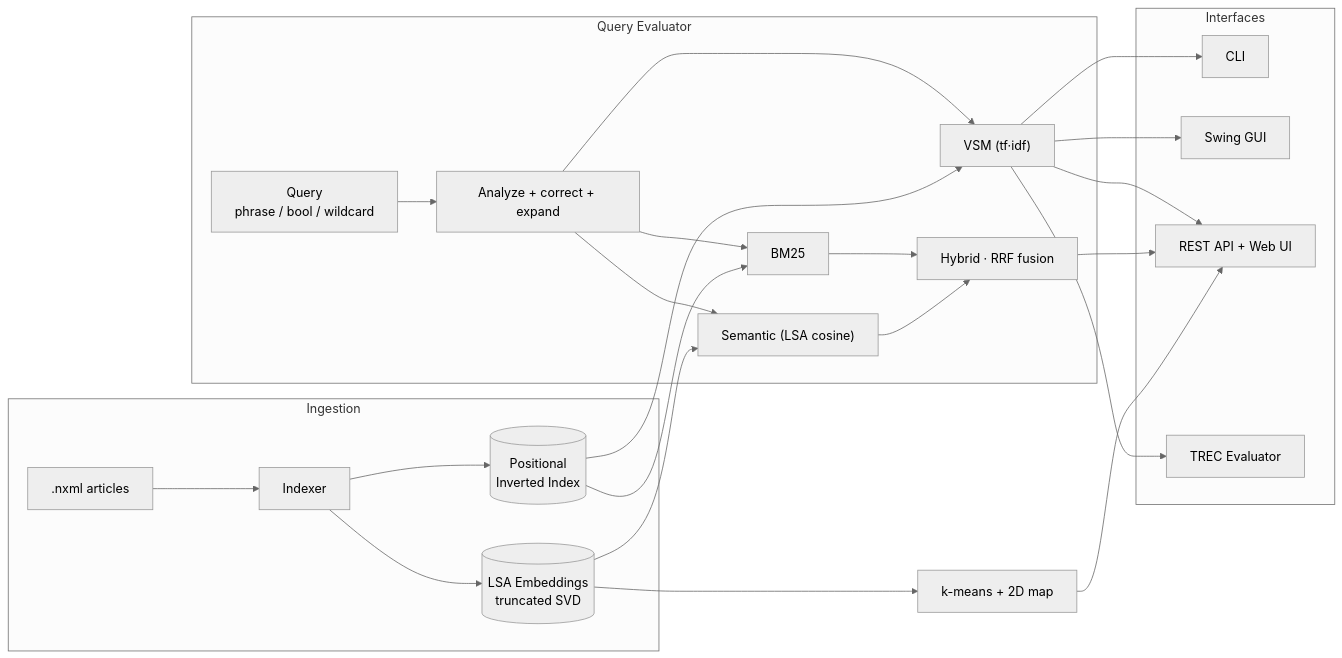
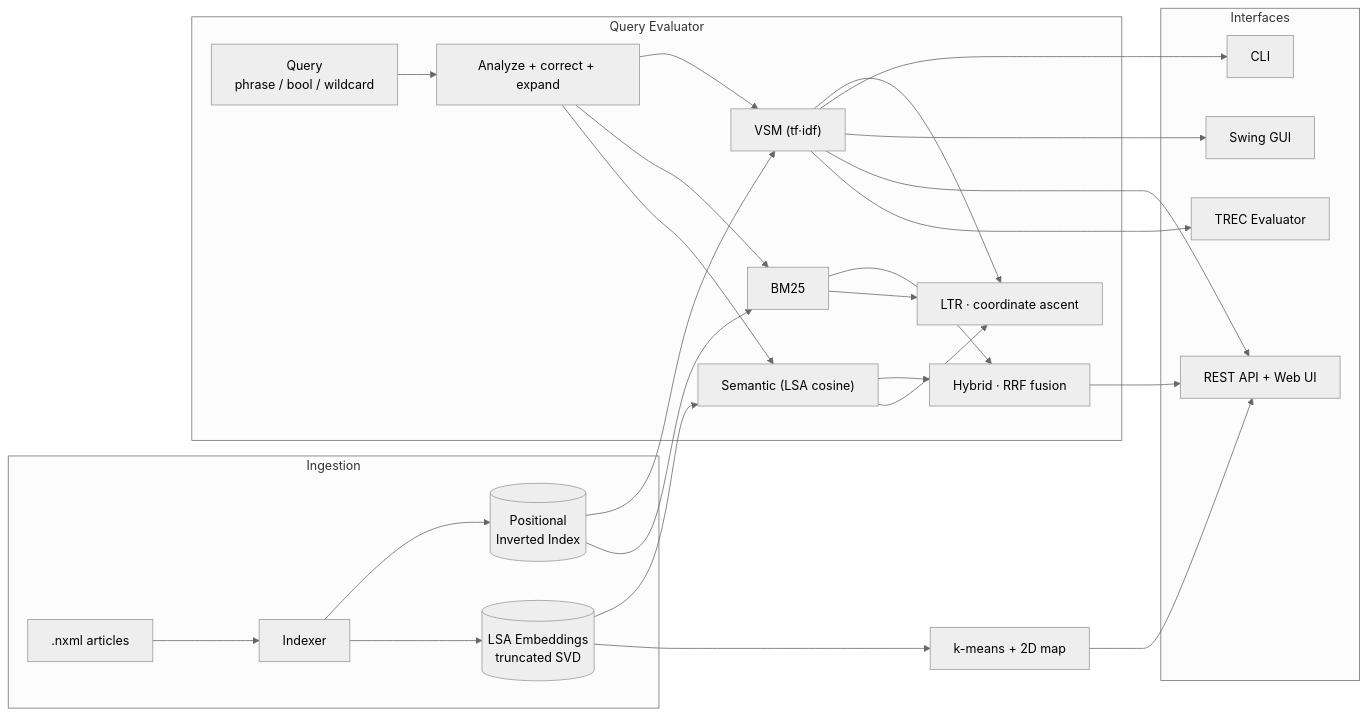
Before and after one commit to APapafragkakis/MedIR: the diagram in README.md, drawn with Mermaid (neutral theme). The commit also changed other lines of this file and 7 other files, not shown here.

Commit message:
add LTR (coordinate ascent), Wilcoxon significance tests, P/R curves

````diff
--- a/README.md
+++ b/README.md
@@ -31,33 +33,34 @@
 ```mermaid
 flowchart LR
   subgraph Ingestion
     NXML[".nxml articles"] --> IDX[Indexer]
     IDX --> INV[("Positional<br/>Inverted Index")]
     IDX --> EMB[("LSA Embeddings<br/>truncated SVD")]
   end
 
   subgraph Retrieval["Query Evaluator"]
     Q["Query<br/>phrase / bool / wildcard"] --> ANL[Analyze + correct + expand]
     ANL --> VSM["VSM (tf·idf)"]
     ANL --> BM25["BM25"]
     ANL --> SEM["Semantic (LSA cosine)"]
     BM25 --> RRF["Hybrid · RRF fusion"]
     SEM --> RRF
+    BM25 & VSM & SEM --> LTR["LTR · coordinate ascent"]
   end
 
   INV --> VSM
   INV --> BM25
   EMB --> SEM
   EMB --> MAP["k-means + 2D map"]
 
   subgraph Interfaces
     CLI["CLI"]
     GUI["Swing GUI"]
     API["REST API + Web UI"]
     EVAL["TREC Evaluator"]
   end
 
   VSM --> CLI & GUI & API & EVAL
   RRF --> API
   MAP --> API
 ```
````
